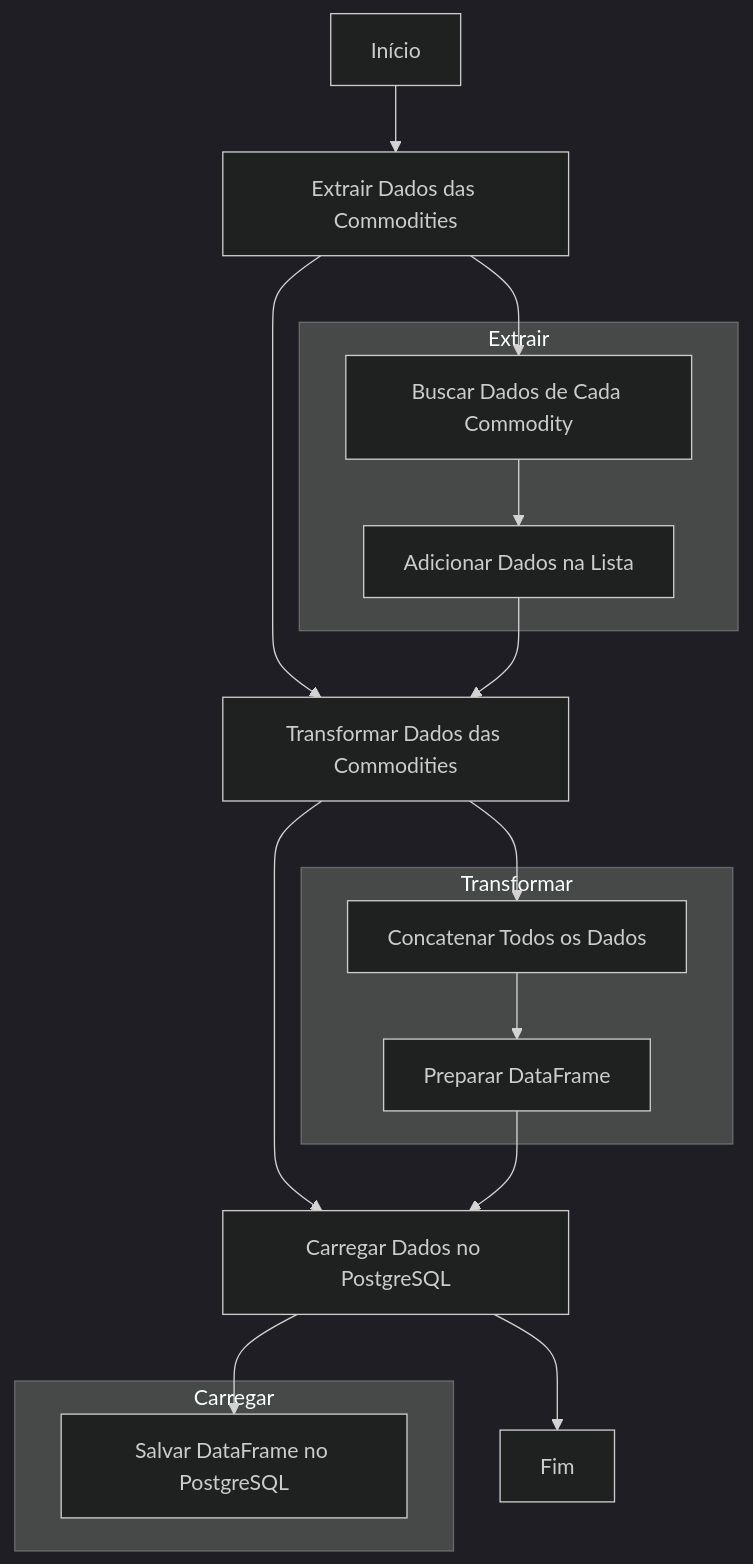
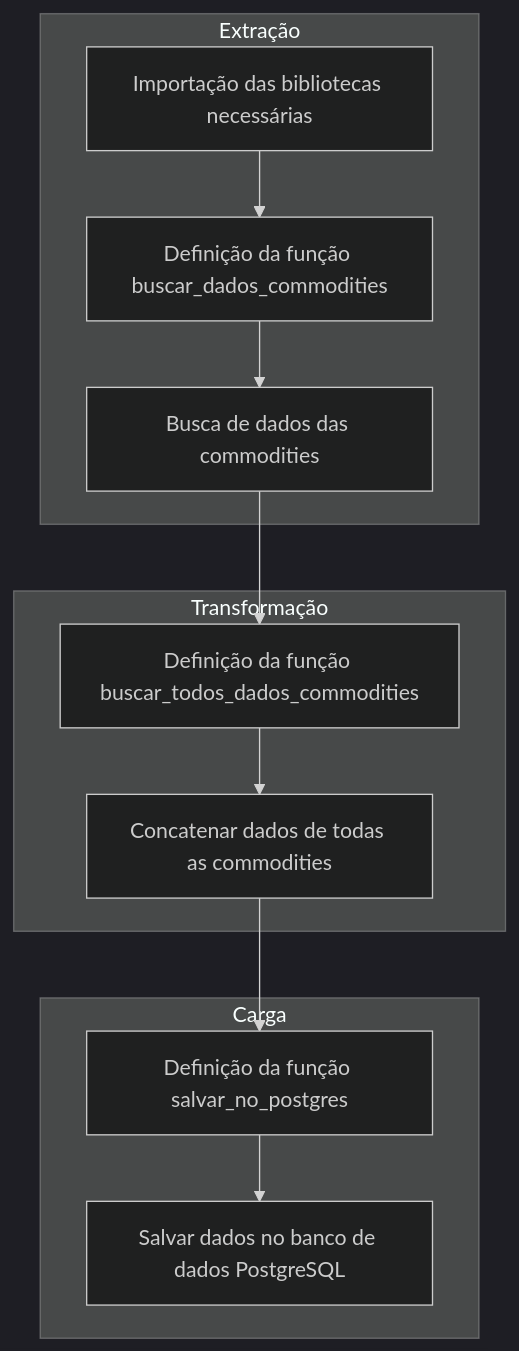
The diagram in datawarehouse/docs/homepage.md (Oseiasdfarias/projeto_datawarehouse_do_zero), drawn with Mermaid (dark theme) before and after one commit.

Commit message:
docs: create project docs

````diff
--- a/datawarehouse/docs/homepage.md
+++ b/datawarehouse/docs/homepage.md
@@ -11,29 +12,17 @@
 ```mermaid
-graph TD
-    A[Início] --> B[Extrair Dados das Commodities]
-    B --> C[Transformar Dados das Commodities]
-    C --> D[Carregar Dados no PostgreSQL]
-    D --> E[Fim]
-
-    subgraph Extrair
-        B1[Buscar Dados de Cada Commodity]
-        B2[Adicionar Dados na Lista]
+graph TD;
+    subgraph Extração
+        A[Importação das bibliotecas necessárias] --> B[Definição da função buscar_dados_commodities]
+        B --> E[Busca de dados das commodities]
     end
 
-    subgraph Transformar
-        C1[Concatenar Todos os Dados]
-        C2[Preparar DataFrame]
+    subgraph Transformação
+        E --> C[Definição da função buscar_todos_dados_commodities]
+        C --> F[Concatenar dados de todas as commodities]
     end
 
-    subgraph Carregar
-        D1[Salvar DataFrame no PostgreSQL]
+    subgraph Carga
+        F --> D[Definição da função salvar_no_postgres]
+        D --> G[Salvar dados no banco de dados PostgreSQL]
     end
-
-    B --> B1
-    B1 --> B2
-    B2 --> C
-    C --> C1
-    C1 --> C2
-    C2 --> D
-    D --> D1
 ```
````
